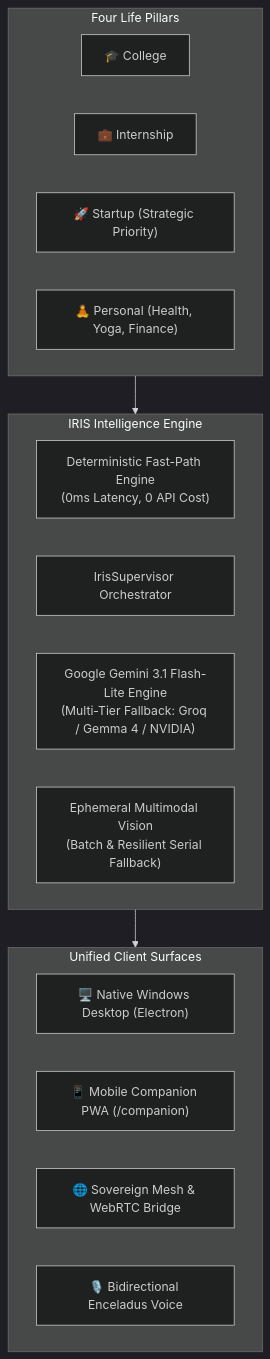
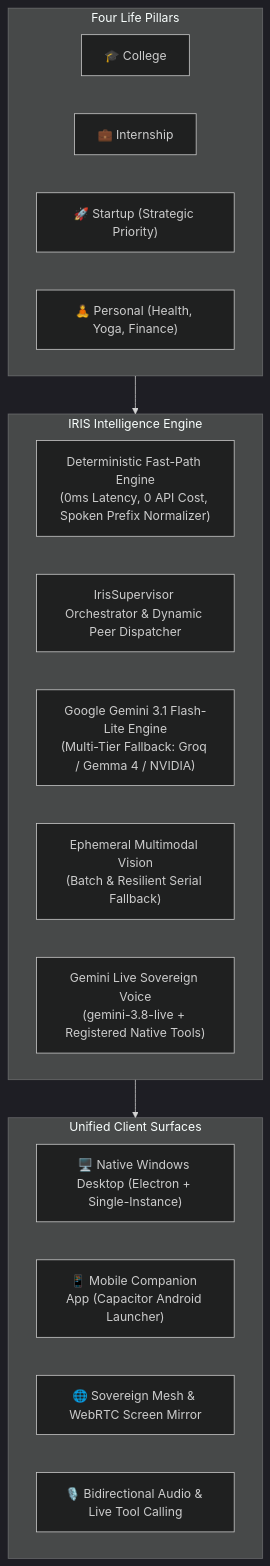
One commit to KIRTAN0902/IRIS changed the first of 5 diagrams in KNOWLEDGE_TRANSFER.md. Above: the diagram before and after it, drawn with Mermaid (dark theme). The commit also changed other lines of this file, not shown here.

````diff
--- a/KNOWLEDGE_TRANSFER.md
+++ b/KNOWLEDGE_TRANSFER.md
@@ -42,26 +42,27 @@
 ```mermaid
 flowchart TD
     subgraph LifeAreas ["Four Life Pillars"]
         A["🎓 College"]
         B["💼 Internship"]
         C["🚀 Startup (Strategic Priority)"]
         D["🧘 Personal (Health, Yoga, Finance)"]
     end
 
     subgraph IRISCore ["IRIS Intelligence Engine"]
-        FastPath["Deterministic Fast-Path Engine<br/>(0ms Latency, 0 API Cost)"]
-        Supervisor["IrisSupervisor Orchestrator"]
+        FastPath["Deterministic Fast-Path Engine<br/>(0ms Latency, 0 API Cost, Spoken Prefix Normalizer)"]
+        Supervisor["IrisSupervisor Orchestrator & Dynamic Peer Dispatcher"]
         LLM["Google Gemini 3.1 Flash-Lite Engine<br/>(Multi-Tier Fallback: Groq / Gemma 4 / NVIDIA)"]
         Vision["Ephemeral Multimodal Vision<br/>(Batch & Resilient Serial Fallback)"]
+        LiveVoice["Gemini Live Sovereign Voice<br/>(gemini-3.8-live + Registered Native Tools)"]
     end
 
     subgraph Surfaces ["Unified Client Surfaces"]
-        Desktop["🖥️ Native Windows Desktop (Electron)"]
-        Mobile["📱 Mobile Companion PWA (/companion)"]
-        Mesh["🌐 Sovereign Mesh & WebRTC Bridge"]
-        Voice["🎙️ Bidirectional Enceladus Voice"]
+        Desktop["🖥️ Native Windows Desktop (Electron + Single-Instance)"]
+        Mobile["📱 Mobile Companion App (Capacitor Android Launcher)"]
+        Mesh["🌐 Sovereign Mesh & WebRTC Screen Mirror"]
+        Voice["🎙️ Bidirectional Audio & Live Tool Calling"]
     end
 
     LifeAreas --> IRISCore
     IRISCore --> Surfaces
 ```
````
